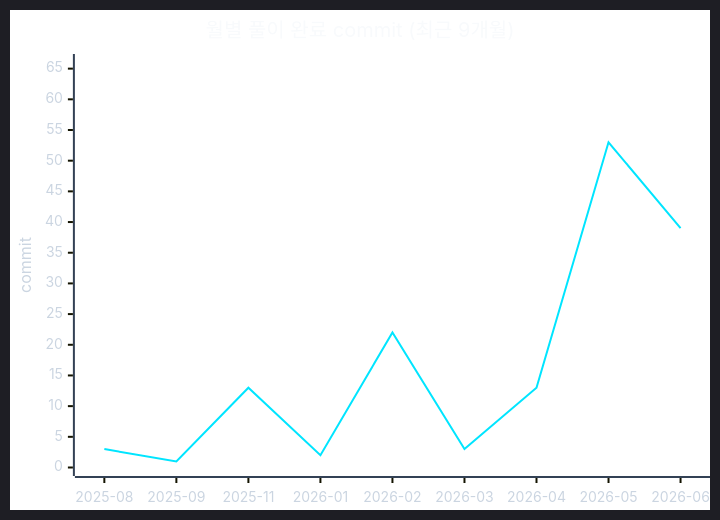
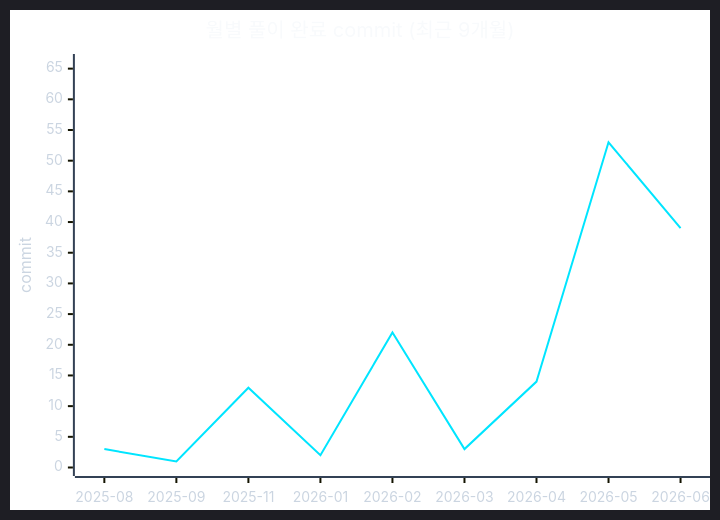
The second of 2 diagrams in readme.md (CHOOSLA/Algorithm), drawn with Mermaid before and after one commit. The commit also changed other lines of this file and 2 other files, not shown here.

````diff
--- a/readme.md
+++ b/readme.md
@@ -71,22 +71,22 @@
 ```mermaid
 ---
 config:
   theme: dark
   themeVariables:
     background: '#0d1117'
     xyChart:
       titleColor: '#f8fafc'
       xAxisLabelColor: '#cbd5e1'
       xAxisTitleColor: '#cbd5e1'
       xAxisLineColor: '#334155'
       yAxisLabelColor: '#cbd5e1'
       yAxisTitleColor: '#cbd5e1'
       yAxisLineColor: '#334155'
       plotColorPalette: '#00e5ff'
 ---
 xychart-beta
   title "월별 풀이 완료 commit (최근 9개월)"
   x-axis ["2025-08", "2025-09", "2025-11", "2026-01", "2026-02", "2026-03", "2026-04", "2026-05", "2026-06"]
   y-axis "commit" 0 --> 66
-  line [3, 1, 13, 2, 22, 3, 13, 53, 39]
+  line [3, 1, 13, 2, 22, 3, 14, 53, 39]
 ```
````
